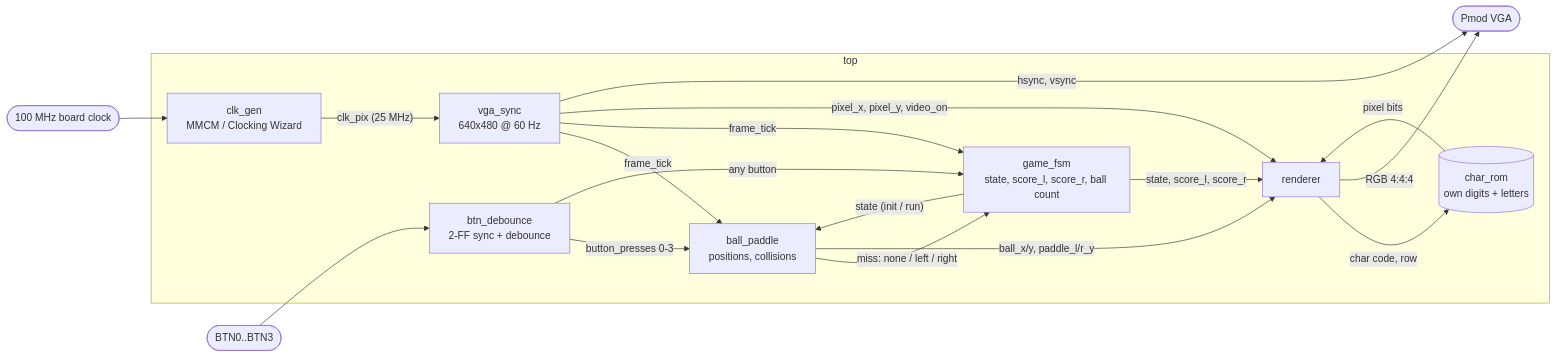
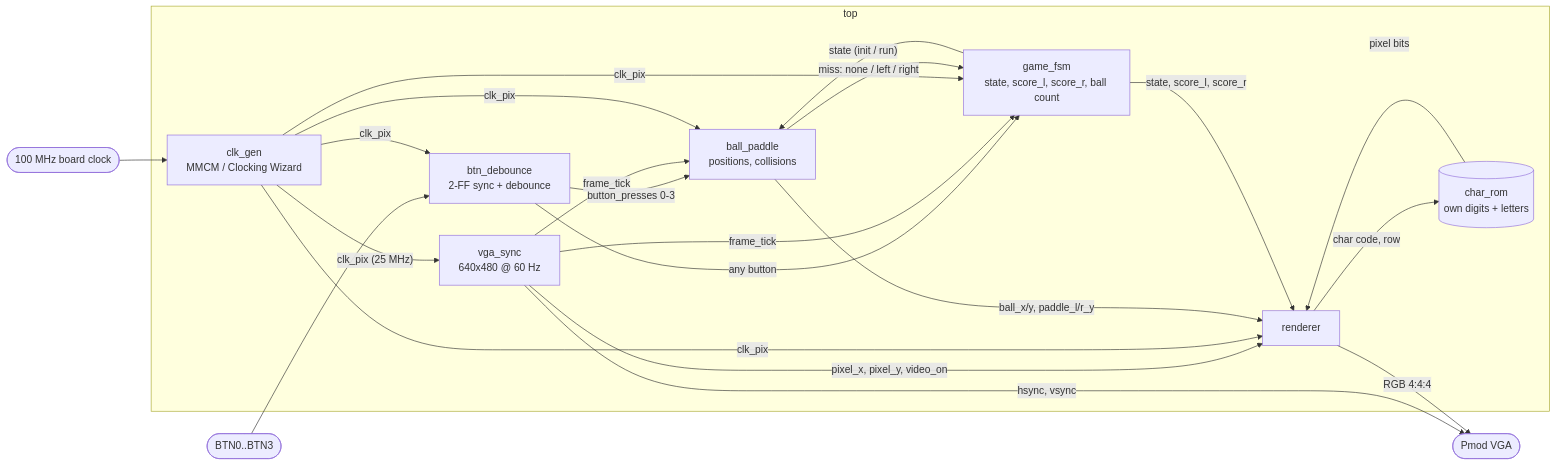
One commit to Simon-Says-Pong/pong-fpga changed the diagram in docs/graphs/02_module_wiring.mmd. Above: the diagram before and after it, drawn with Mermaid. The commit also changed 6 other files, not shown here.

```diff
--- a/docs/graphs/02_module_wiring.mmd
+++ b/docs/graphs/02_module_wiring.mmd
@@ -1,26 +1,30 @@
 flowchart LR
     CLK100([100 MHz board clock]) --> CLKGEN
     BTN([BTN0..BTN3]) --> DEB
     subgraph TOP[top]
         CLKGEN[clk_gen<br/>MMCM / Clocking Wizard] -- "clk_pix (25 MHz)" --> SYNC
         DEB[btn_debounce<br/>2-FF sync + debounce]
         SYNC[vga_sync<br/>640x480 @ 60 Hz]
         FSM[game_fsm<br/>state, score_l, score_r, ball count]
         BP[ball_paddle<br/>positions, collisions]
         REN[renderer]
         ROM[(char_rom<br/>own digits + letters)]
 
         DEB -- "button_presses 0-3" --> BP
         DEB -- "any button" --> FSM
         SYNC -- "frame_tick" --> BP
         SYNC -- "frame_tick" --> FSM
         SYNC -- "pixel_x, pixel_y, video_on" --> REN
+        CLKGEN -- "clk_pix" --> REN
+        CLKGEN -- "clk_pix" --> BP
+        CLKGEN -- "clk_pix" --> FSM
+        CLKGEN -- "clk_pix" --> DEB
         FSM -- "state (init / run)" --> BP
         BP -- "miss: none / left / right" --> FSM
         BP -- "ball_x/y, paddle_l/r_y" --> REN
         FSM -- "state, score_l, score_r" --> REN
         REN -- "char code, row" --> ROM
         ROM -- "pixel bits" --> REN
     end
     SYNC -- "hsync, vsync" --> VGA([Pmod VGA])
     REN -- "RGB 4:4:4" --> VGA
```
